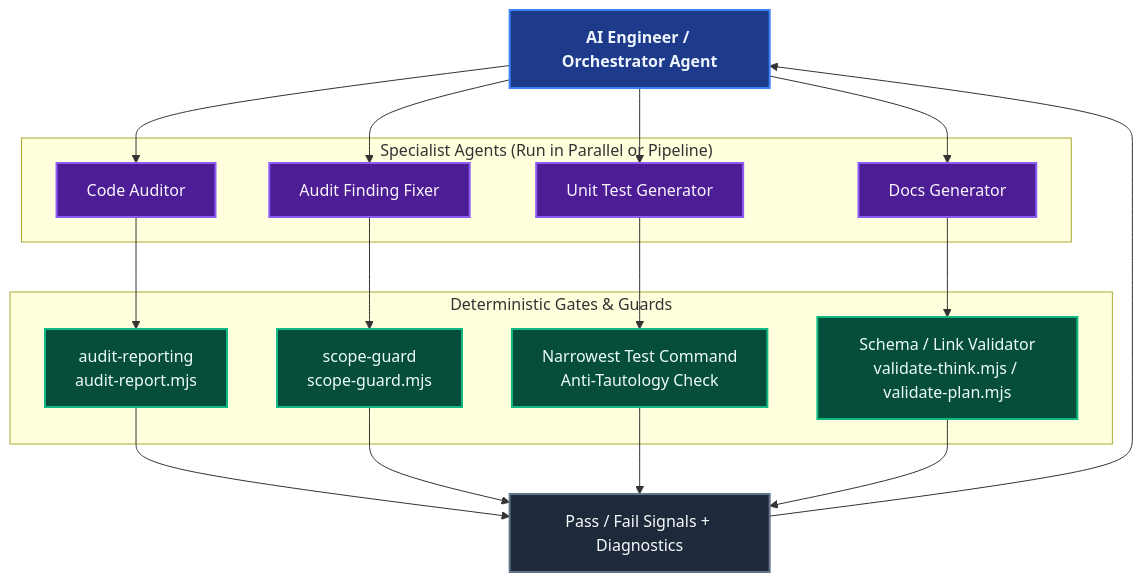
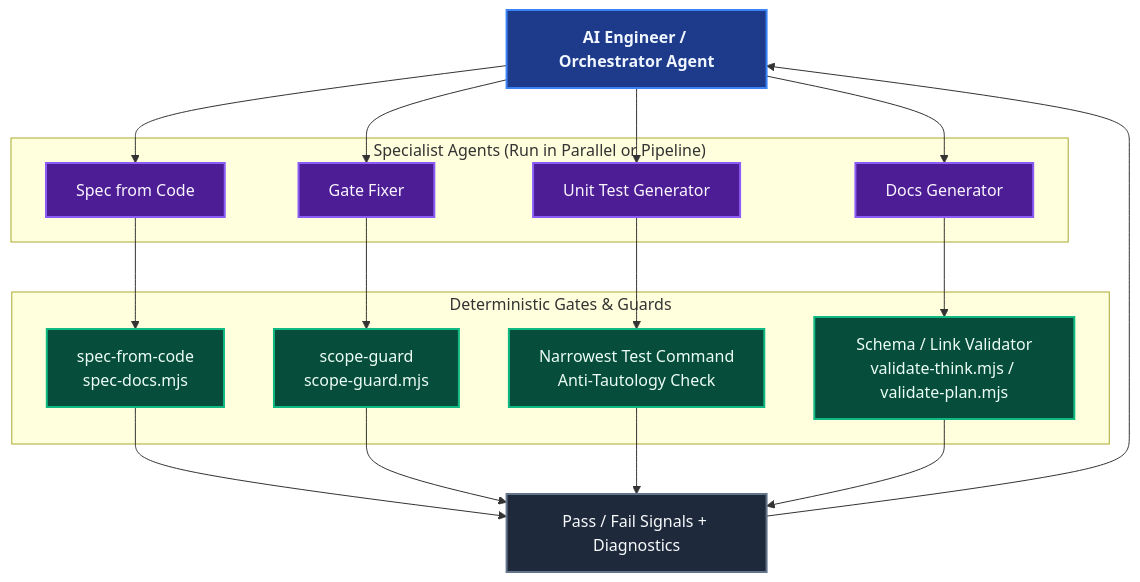
One commit to ALTEN-group/coding-pal changed the third of 3 diagrams in website/docs/guide/deterministic-controls.md. Above: the diagram before and after it, drawn with Mermaid. The commit also changed other lines of this file and 14 other files, not shown here.

Commit message:
chore: remove legacy code-audit, audit-fix, and audit-reporting primitives

````diff
--- a/website/docs/guide/deterministic-controls.md
+++ b/website/docs/guide/deterministic-controls.md
@@ -156,42 +156,42 @@
 ```mermaid
 ---
 caption: Orchestrator Fan-Out Gated by Deterministic Controls
 ---
 flowchart TD
     ENG["<b>AI Engineer / Orchestrator Agent</b>"]
 
     subgraph Fleet ["Specialist Agents (Run in Parallel or Pipeline)"]
-        AG1["Code Auditor"]
-        AG2["Audit Finding Fixer"]
+        AG1["Spec from Code"]
+        AG2["Gate Fixer"]
         AG3["Unit Test Generator"]
         AG4["Docs Generator"]
     end
 
     subgraph Gates ["Deterministic Gates & Guards"]
-        V1["audit-reporting<br/>audit-report.mjs"]
+        V1["spec-from-code<br/>spec-docs.mjs"]
         V2["scope-guard<br/>scope-guard.mjs"]
         V3["Narrowest Test Command<br/>Anti-Tautology Check"]
         V4["Schema / Link Validator<br/>validate-think.mjs / validate-plan.mjs"]
     end
 
     ENG --> AG1 --> V1
     ENG --> AG2 --> V2
     ENG --> AG3 --> V3
     ENG --> AG4 --> V4
 
     V1 --> RESULT["Pass / Fail Signals + Diagnostics"]
     V2 --> RESULT
     V3 --> RESULT
     V4 --> RESULT
     RESULT --> ENG
 
     classDef orchestrator fill:#1e3a8a,stroke:#3b82f6,stroke-width:2px,color:#eff6ff;
     classDef agent fill:#4c1d95,stroke:#8b5cf6,stroke-width:2px,color:#faf5ff;
     classDef gate fill:#064e3b,stroke:#10b981,stroke-width:2px,color:#ecfdf5;
     classDef result fill:#1e293b,stroke:#64748b,stroke-width:2px,color:#f8fafc;
 
     class ENG orchestrator;
     class AG1,AG2,AG3,AG4 agent;
     class V1,V2,V3,V4 gate;
     class RESULT result;
 ```
````
